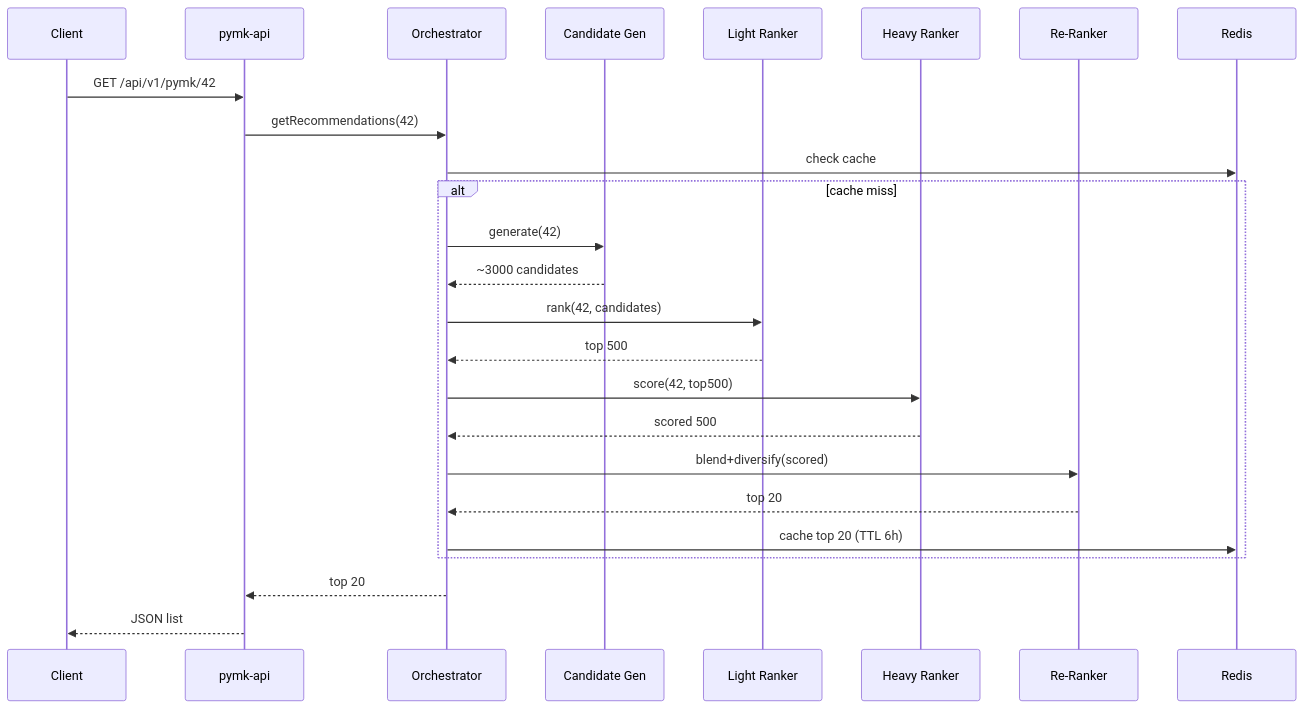
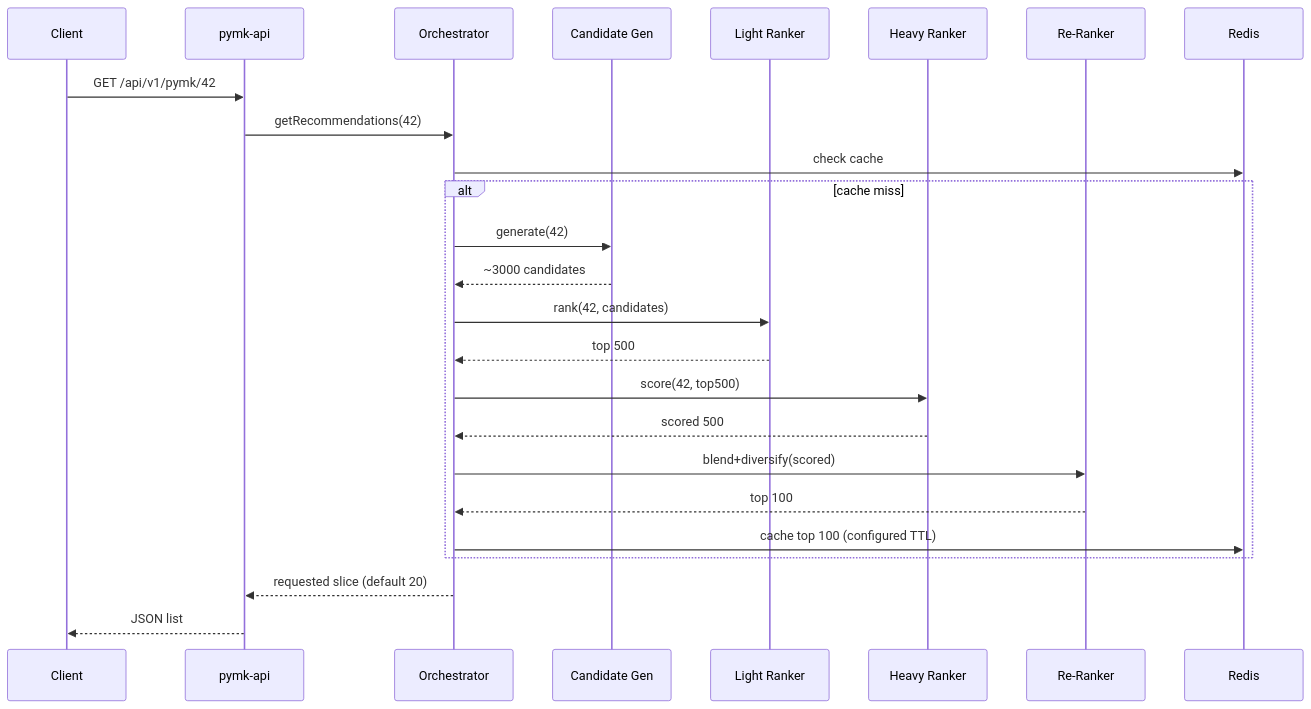
One commit to AhdyAhmed/People-You-May-Know-PYMK changed the second of 2 diagrams in docs/PYMK_DESIGN.md. Above: the diagram before and after it, drawn with Mermaid. The commit also changed other lines of this file and 19 other files, not shown here.

````diff
--- a/docs/PYMK_DESIGN.md
+++ b/docs/PYMK_DESIGN.md
@@ -301,27 +302,27 @@
 ```mermaid
 sequenceDiagram
     participant Client
     participant API as pymk-api
     participant Orch as Orchestrator
     participant L0 as Candidate Gen
     participant L1 as Light Ranker
     participant L2 as Heavy Ranker
     participant RR as Re-Ranker
     participant Redis
     Client->>API: GET /api/v1/pymk/42
     API->>Orch: getRecommendations(42)
     Orch->>Redis: check cache
     alt cache miss
         Orch->>L0: generate(42)
         L0-->>Orch: ~3000 candidates
         Orch->>L1: rank(42, candidates)
         L1-->>Orch: top 500
         Orch->>L2: score(42, top500)
         L2-->>Orch: scored 500
         Orch->>RR: blend+diversify(scored)
-        RR-->>Orch: top 20
-        Orch->>Redis: cache top 20 (TTL 6h)
+        RR-->>Orch: top 100
+        Orch->>Redis: cache top 100 (configured TTL)
     end
-    Orch-->>API: top 20
+    Orch-->>API: requested slice (default 20)
     API-->>Client: JSON list
 ```
````
